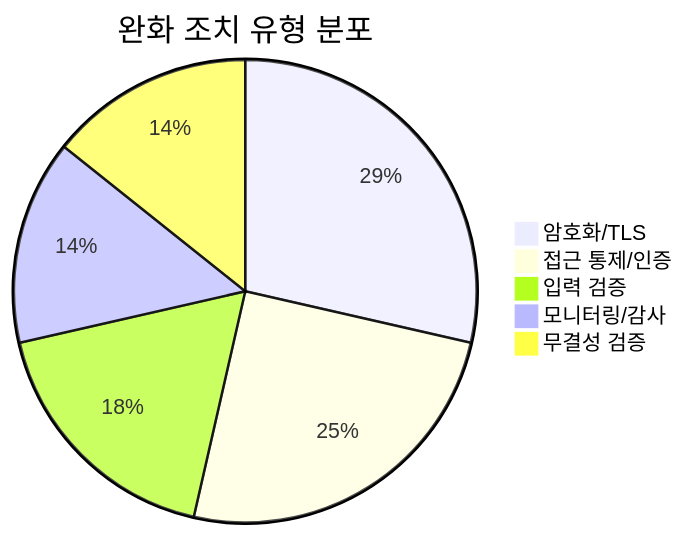
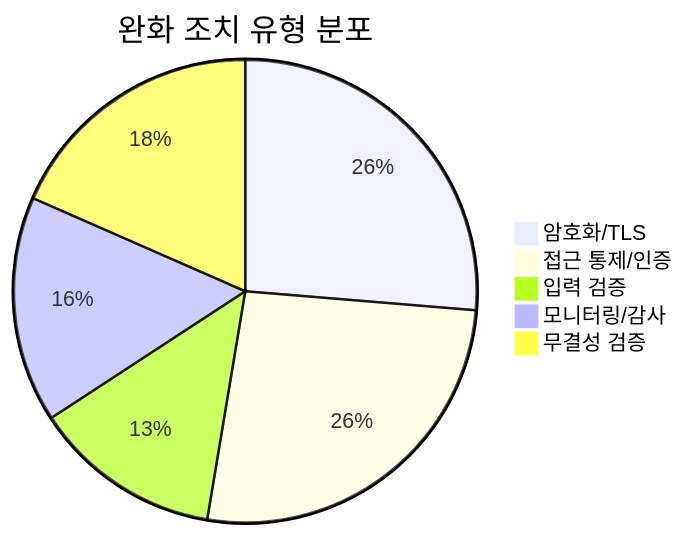
One commit to holee9/console-gui changed the seventh of 7 diagrams in docs/risk/DOC-017_ThreatModel_v1.0.md. Above: the diagram before and after it, drawn with Mermaid. The commit also changed other lines of this file and 8 other files, not shown here.

````diff
--- a/docs/risk/DOC-017_ThreatModel_v1.0.md
+++ b/docs/risk/DOC-017_ThreatModel_v1.0.md
@@ -394,8 +428,8 @@
 ```mermaid
 pie title 완화 조치 유형 분포
-    "암호화/TLS" : 8
-    "접근 통제/인증" : 7
+    "암호화/TLS" : 10
+    "접근 통제/인증" : 10
     "입력 검증" : 5
-    "모니터링/감사" : 4
-    "무결성 검증" : 4
+    "모니터링/감사" : 6
+    "무결성 검증" : 7
 ```
````
